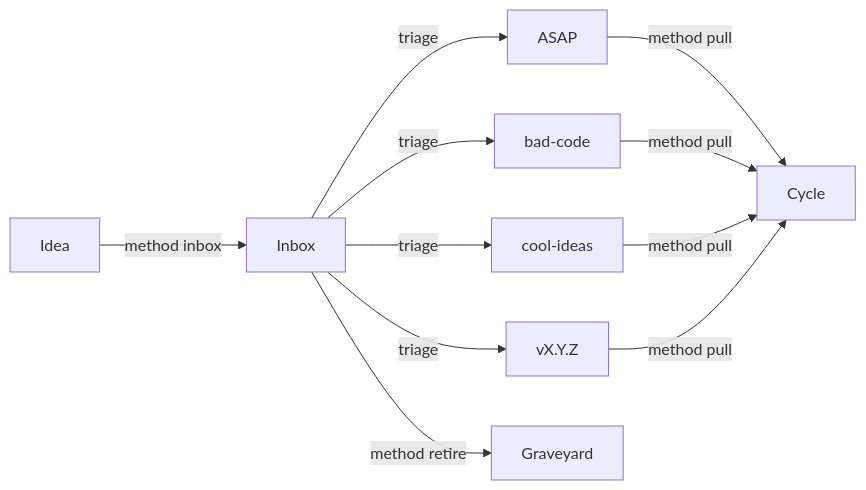
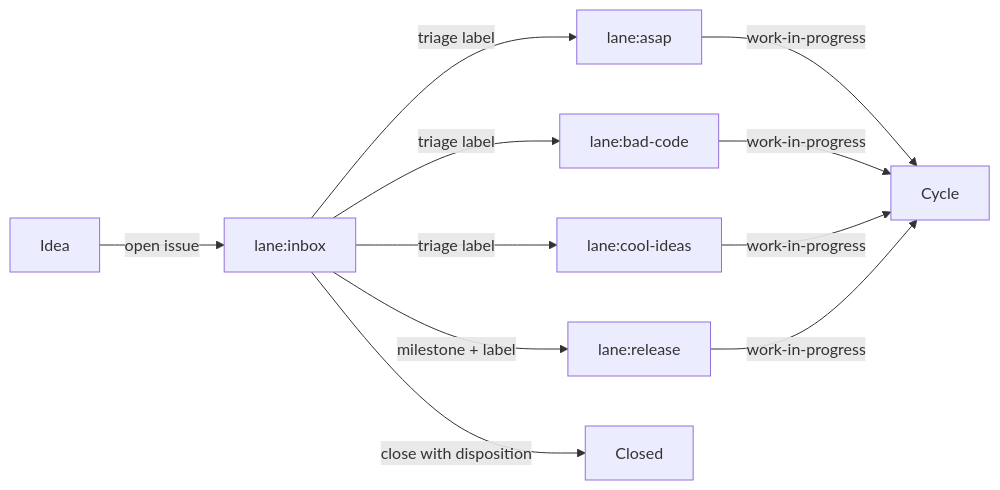
The second of 5 diagrams in docs/GUIDE.md (flyingrobots/method), drawn with Mermaid before and after one commit. The commit also changed other lines of this file and 9 other files, not shown here.

Commit message:
docs: make GitHub Issues the Method work tracker

````diff
--- a/docs/GUIDE.md
+++ b/docs/GUIDE.md
@@ -53,14 +53,14 @@
 ```mermaid
 flowchart LR
-    Idea -->|method inbox| Inbox
-    Inbox -->|triage| ASAP
-    Inbox -->|triage| CoolIdeas[cool-ideas]
-    Inbox -->|triage| BadCode[bad-code]
-    Inbox -->|triage| Release[vX.Y.Z]
-    Inbox -->|method retire| Graveyard
+    Idea -->|open issue| Inbox[lane:inbox]
+    Inbox -->|triage label| ASAP[lane:asap]
+    Inbox -->|triage label| CoolIdeas[lane:cool-ideas]
+    Inbox -->|triage label| BadCode[lane:bad-code]
+    Inbox -->|milestone + label| Release[lane:release]
+    Inbox -->|close with disposition| Closed
 
-    ASAP -->|method pull| Cycle
-    BadCode -->|method pull| Cycle
-    CoolIdeas -->|method pull| Cycle
-    Release -->|method pull| Cycle
+    ASAP -->|work-in-progress| Cycle
+    BadCode -->|work-in-progress| Cycle
+    CoolIdeas -->|work-in-progress| Cycle
+    Release -->|work-in-progress| Cycle
 ```
````
